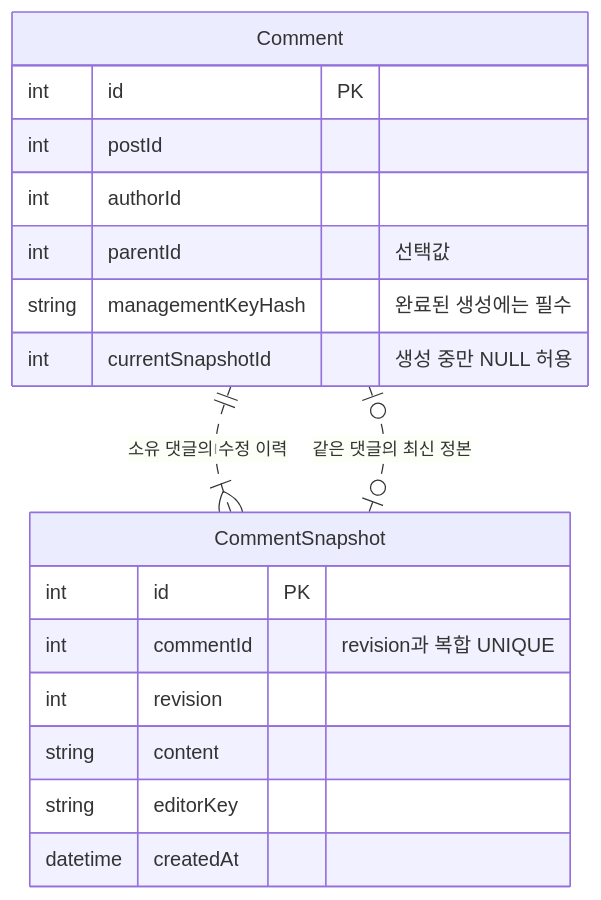
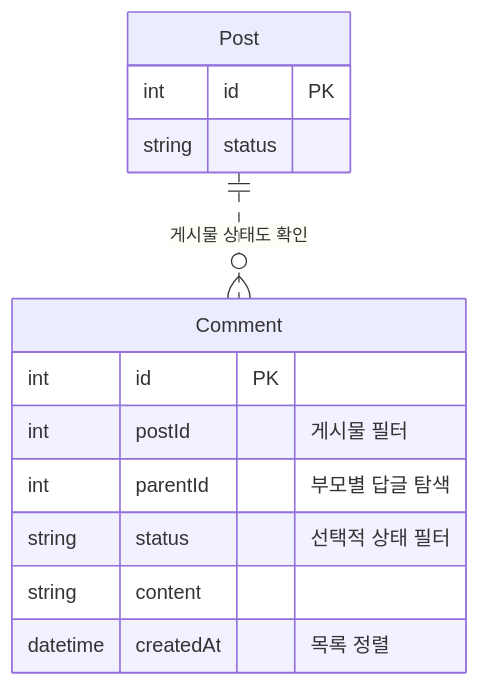
One commit to luke0408/blog-erd changed the fourth of 9 diagrams in docs/comment-management.md. Above: the diagram before and after it, drawn with Mermaid. The commit also changed other lines of this file and 5 other files, not shown here.

Commit message:
docs(erd): reorder student questions by design requirements

````diff
--- a/docs/comment-management.md
+++ b/docs/comment-management.md
@@ -93,21 +116,16 @@
 ```mermaid
 erDiagram
+    Post {
+        int id PK
+        string status
+    }
     Comment {
         int id PK
-        int postId
-        int authorId
-        int parentId "선택값"
-        string managementKeyHash "완료된 생성에는 필수"
-        int currentSnapshotId "생성 중만 NULL 허용"
+        int postId "게시물 필터"
+        int parentId "부모별 답글 탐색"
+        string status "선택적 상태 필터"
+        string content
+        datetime createdAt "목록 정렬"
     }
-    CommentSnapshot {
-        int id PK
-        int commentId "revision과 복합 UNIQUE"
-        int revision
-        string content
-        string editorKey
-        datetime createdAt
-    }
-    Comment ||..|{ CommentSnapshot : "소유 댓글의 수정 이력"
-    Comment |o..o| CommentSnapshot : "같은 댓글의 최신 정본"
+    Post ||..o{ Comment : "게시물 상태도 확인"
 ```
````
